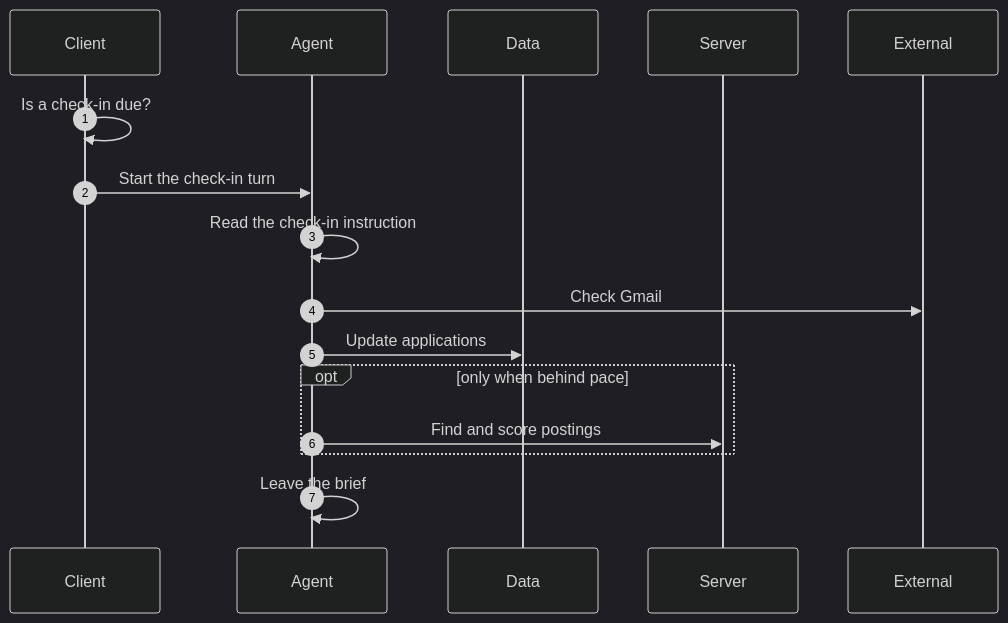
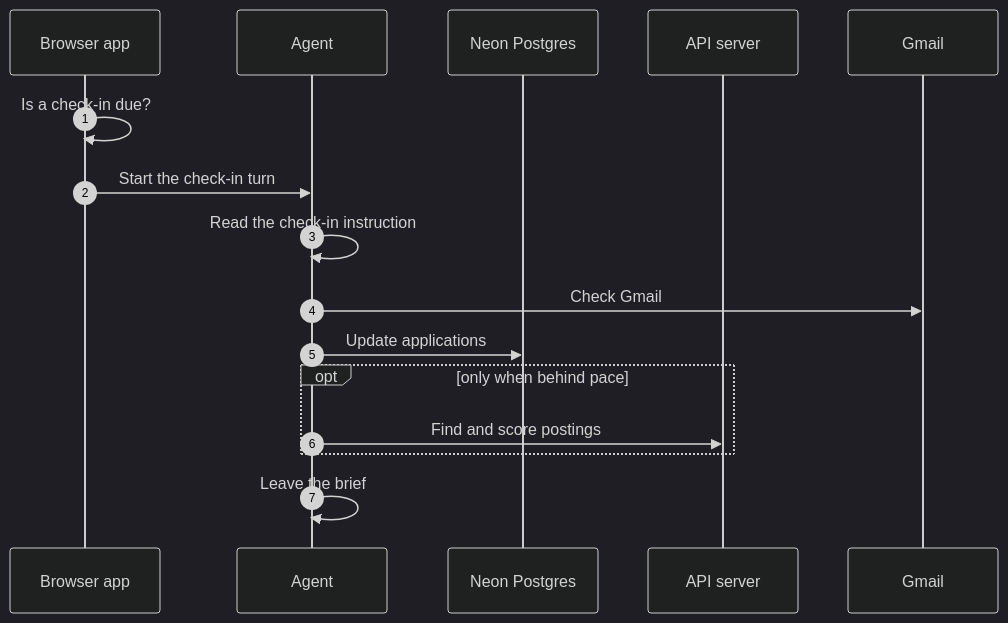
Before and after one commit to lngsa1234/mini-muse-mvp: the diagram in docs/architecture/workflows/daily-check-in.md, drawn with Mermaid (dark theme). The commit also changed other lines of this file and 23 other files, not shown here.

````diff
--- a/docs/architecture/workflows/daily-check-in.md
+++ b/docs/architecture/workflows/daily-check-in.md
@@ -15,18 +15,18 @@
 ```mermaid
 sequenceDiagram
   autonumber
-  participant client as Client
+  participant client as Browser app
   participant agent as Agent
-  participant data as Data
-  participant server as Server
-  participant external as External
+  participant data as Neon Postgres
+  participant server as API server
+  participant external as Gmail
   client->>client: Is a check-in due?
   client->>agent: Start the check-in turn
   agent->>agent: Read the check-in instruction
   agent->>external: Check Gmail
   agent->>data: Update applications
   opt only when behind pace
   agent->>server: Find and score postings
   end
   agent->>agent: Leave the brief
 ```
````
